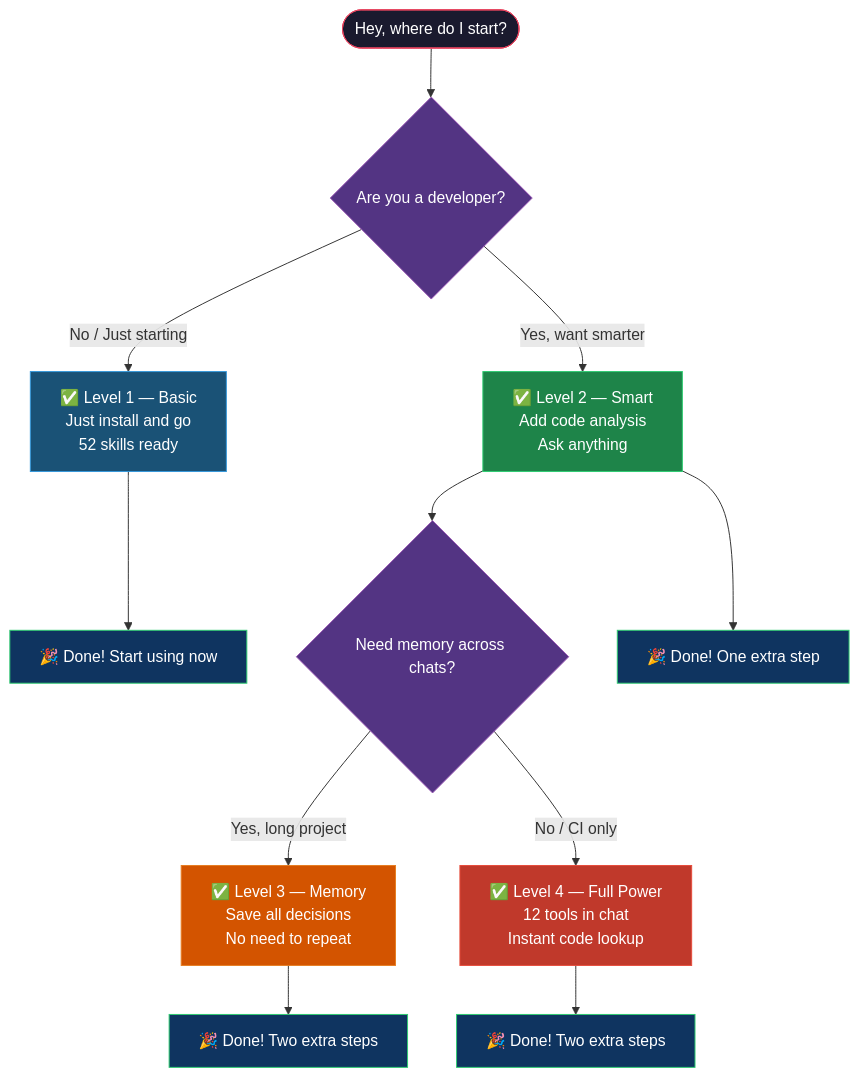
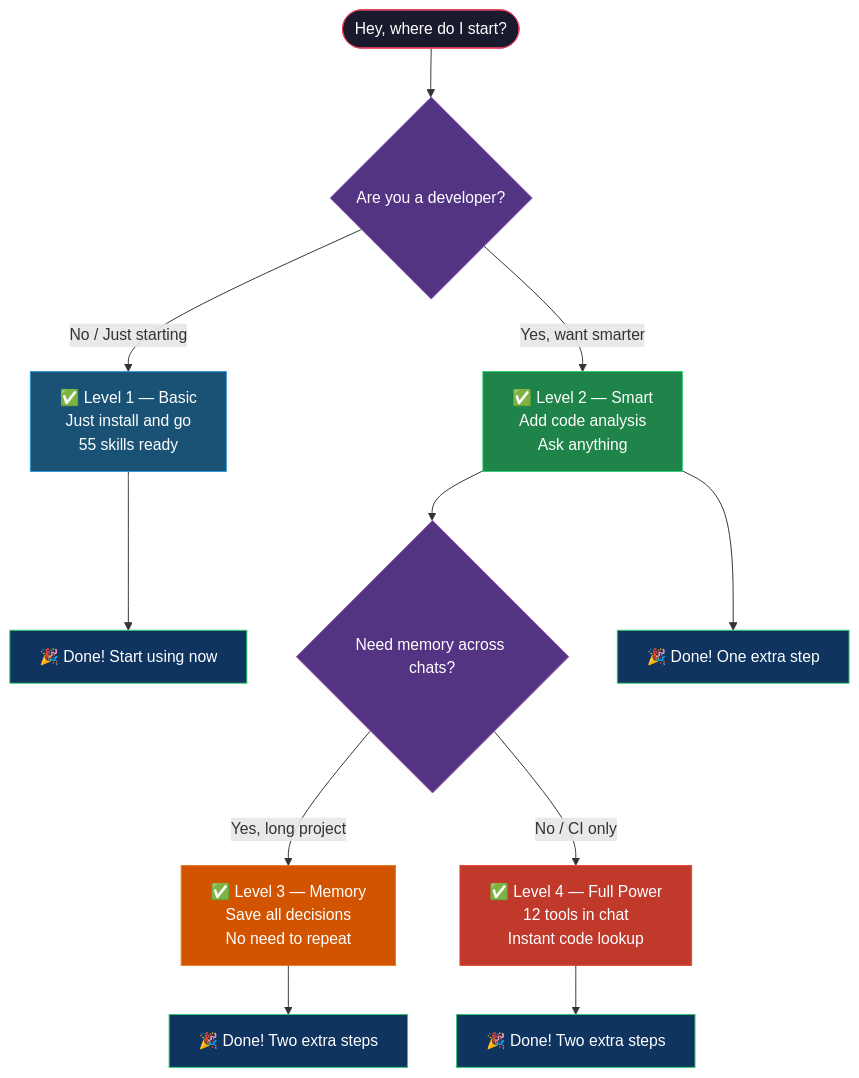
One commit to Exia-thd/Digital-Nervous changed the second of 18 diagrams in README.md. Above: the diagram before and after it, drawn with Mermaid. The commit also changed other lines of this file and 691 other files, not shown here.

````diff
--- a/README.md
+++ b/README.md
@@ -97,29 +99,29 @@
 ```mermaid
 flowchart TD
     START(["Hey, where do I start?"])
 
     START --> Q1{"Are you a developer?"}
-    Q1 --> |"No / Just starting"| EASY["✅ Level 1 — Basic<br/>Just install and go<br/>52 skills ready"]
+    Q1 --> |"No / Just starting"| EASY["✅ Level 1 — Basic<br/>Just install and go<br/>55 skills ready"]
     Q1 --> |"Yes, want smarter"| SMART["✅ Level 2 — Smart<br/>Add code analysis<br/>Ask anything"]
 
     SMART --> Q2{"Need memory across chats?"}
     Q2 --> |"Yes, long project"| MEM["✅ Level 3 — Memory<br/>Save all decisions<br/>No need to repeat"]
     Q2 --> |"No / CI only"| MCP["✅ Level 4 — Full Power<br/>12 tools in chat<br/>Instant code lookup"]
 
     EASY --> DONE1["🎉 Done! Start using now"]
     SMART --> DONE2["🎉 Done! One extra step"]
     MEM --> DONE3["🎉 Done! Two extra steps"]
     MCP --> DONE4["🎉 Done! Two extra steps"]
 
     style START fill:#1a1a2e,stroke:#e94560,color:#fff
     style EASY fill:#1a5276,stroke:#3498db,color:#fff
     style SMART fill:#1e8449,stroke:#2ecc71,color:#fff
     style MEM fill:#d35400,stroke:#e67e22,color:#fff
     style MCP fill:#c0392b,stroke:#e74c3c,color:#fff
     style DONE1 fill:#0f3460,stroke:#2ecc71,color:#fff
     style DONE2 fill:#0f3460,stroke:#2ecc71,color:#fff
     style DONE3 fill:#0f3460,stroke:#2ecc71,color:#fff
     style DONE4 fill:#0f3460,stroke:#2ecc71,color:#fff
     style Q1 fill:#533483,stroke:#9b59b6,color:#fff
     style Q2 fill:#533483,stroke:#9b59b6,color:#fff
 ```
````
